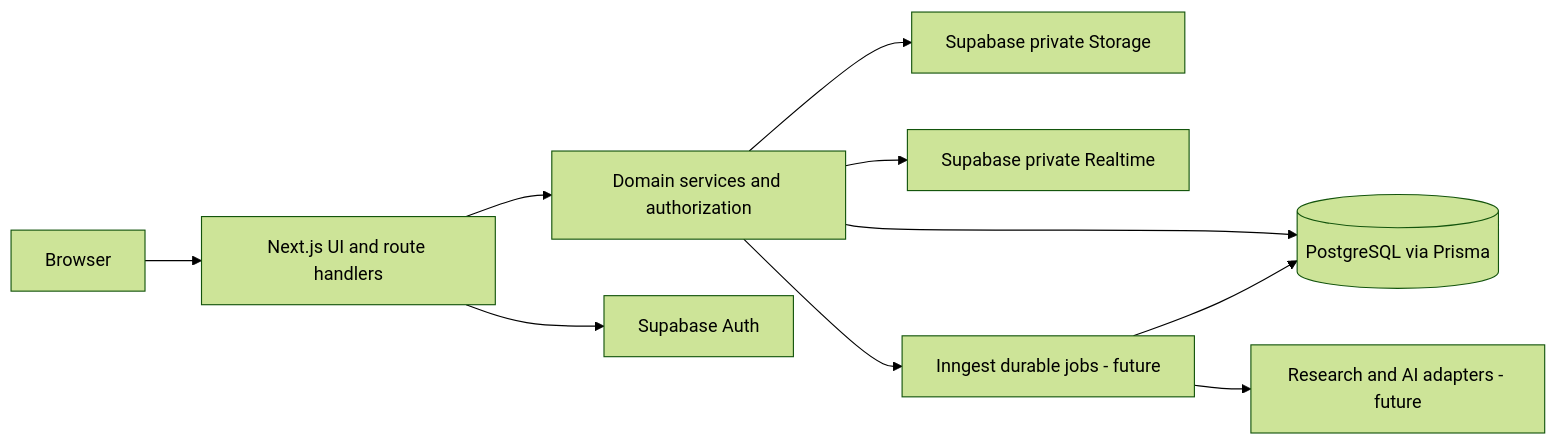
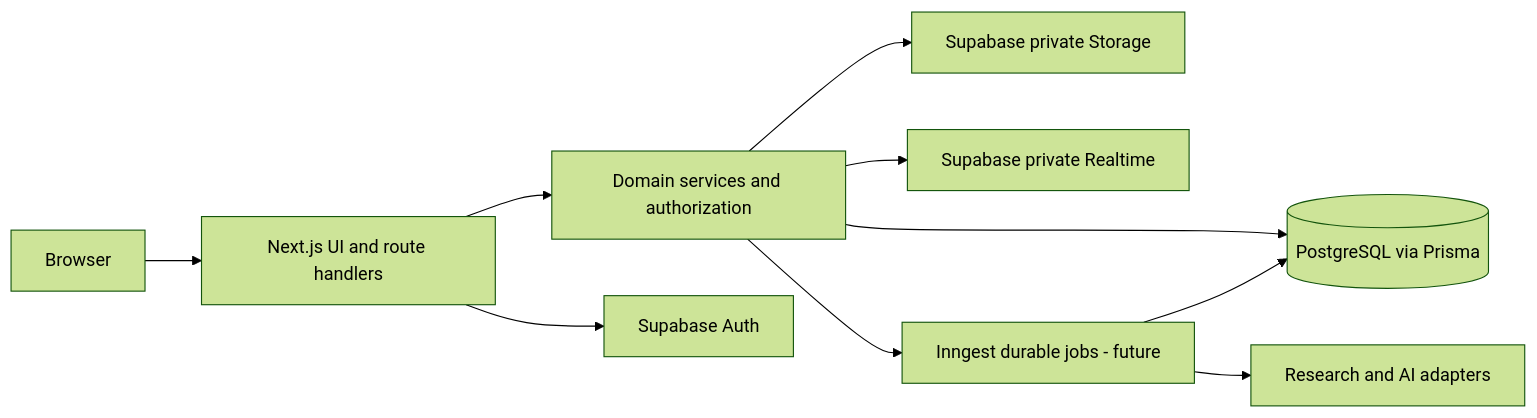
Before and after one commit to TerekliTahaBerk/atlas-research: the first of 6 diagrams in docs/ARCHITECTURE.md, drawn with Mermaid (forest theme). The commit also changed other lines of this file and 16 other files, not shown here.

````diff
--- a/docs/ARCHITECTURE.md
+++ b/docs/ARCHITECTURE.md
@@ -25,12 +27,12 @@
 ```mermaid
 flowchart LR
  Browser --> Web[Next.js UI and route handlers]
  Web --> Services[Domain services and authorization]
  Services --> DB[(PostgreSQL via Prisma)]
  Web --> Auth[Supabase Auth]
  Services --> Storage[Supabase private Storage]
  Services --> Realtime[Supabase private Realtime]
  Services --> Jobs[Inngest durable jobs - future]
  Jobs --> DB
- Jobs --> Providers[Research and AI adapters - future]
+ Jobs --> Providers[Research and AI adapters]
 ```
````
